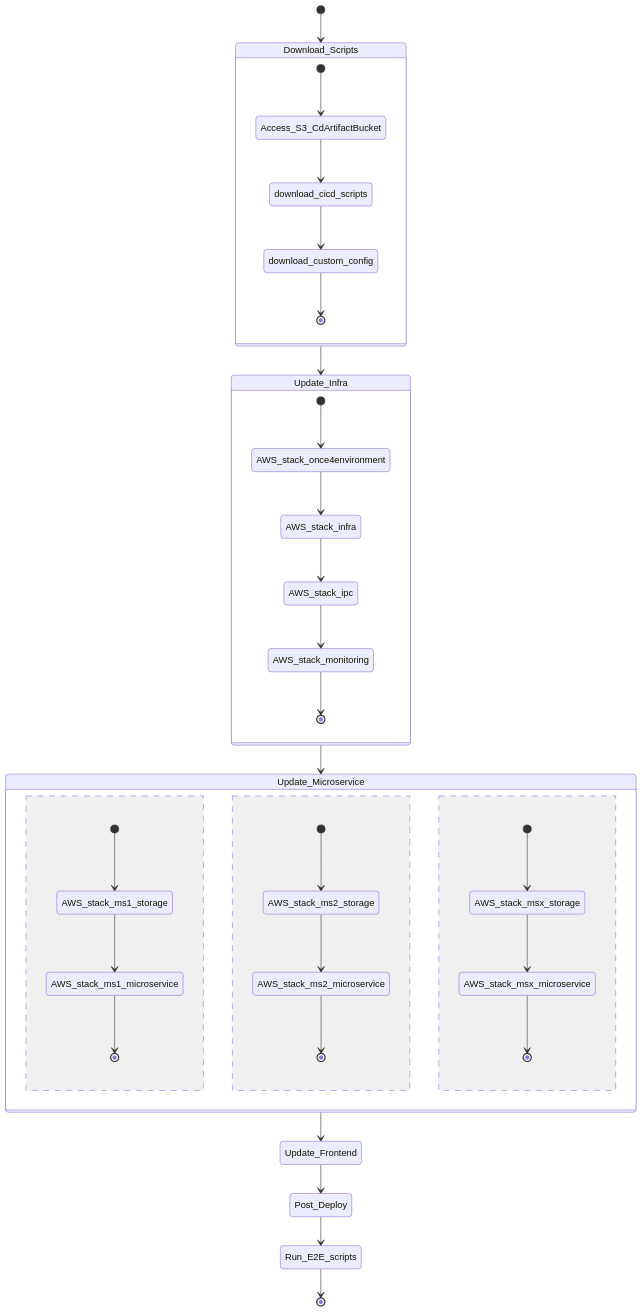
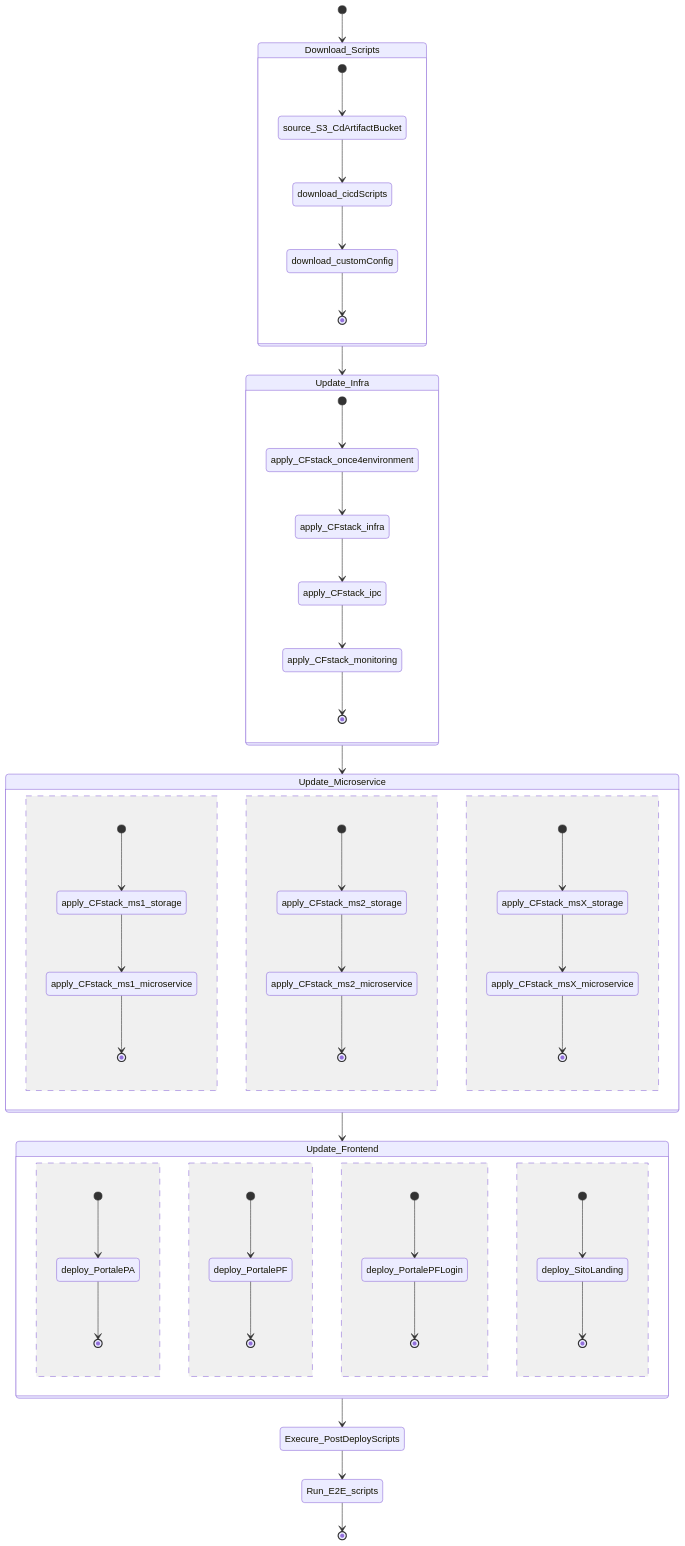
The first of 4 diagrams in cd-cli/README.md (pagopa/pn-cicd), drawn with Mermaid before and after one commit. The commit also changed other lines of this file, not shown here.

````diff
--- a/cd-cli/README.md
+++ b/cd-cli/README.md
@@ -33,37 +45,51 @@
 ```mermaid
 stateDiagram-v2
     [*] --> Download_Scripts
     state Download_Scripts {
-      [*] --> Access_S3_CdArtifactBucket
-      Access_S3_CdArtifactBucket --> download_cicd_scripts
-      download_cicd_scripts --> download_custom_config
-      download_custom_config --> [*]
+      [*] --> source_S3_CdArtifactBucket
+      source_S3_CdArtifactBucket --> download_cicdScripts
+      download_cicdScripts --> download_customConfig
+      download_customConfig --> [*]
     }
     Download_Scripts --> Update_Infra 
     state Update_Infra {
-      [*] --> AWS_stack_once4environment
-      AWS_stack_once4environment --> AWS_stack_infra
-      AWS_stack_infra --> AWS_stack_ipc
-      AWS_stack_ipc --> AWS_stack_monitoring
-      AWS_stack_monitoring --> [*]
+      [*] --> apply_CFstack_once4environment
+      apply_CFstack_once4environment --> apply_CFstack_infra
+      apply_CFstack_infra --> apply_CFstack_ipc
+      apply_CFstack_ipc --> apply_CFstack_monitoring
+      apply_CFstack_monitoring --> [*]
     }
     Update_Infra --> Update_Microservice
     state Update_Microservice {
-      [*] --> AWS_stack_ms1_storage
-      AWS_stack_ms1_storage --> AWS_stack_ms1_microservice
-      AWS_stack_ms1_microservice --> [*]
+      [*] --> apply_CFstack_ms1_storage
+      apply_CFstack_ms1_storage --> apply_CFstack_ms1_microservice
+      apply_CFstack_ms1_microservice --> [*]
       --
-      [*] --> AWS_stack_ms2_storage
-      AWS_stack_ms2_storage --> AWS_stack_ms2_microservice
-      AWS_stack_ms2_microservice --> [*]
+      [*] --> apply_CFstack_ms2_storage
+      apply_CFstack_ms2_storage --> apply_CFstack_ms2_microservice
+      apply_CFstack_ms2_microservice --> [*]
       --
-      [*] --> AWS_stack_msx_storage
-      AWS_stack_msx_storage --> AWS_stack_msx_microservice
-      AWS_stack_msx_microservice --> [*]
+      [*] --> apply_CFstack_msX_storage
+      apply_CFstack_msX_storage --> apply_CFstack_msX_microservice
+      apply_CFstack_msX_microservice --> [*]
     }
     Update_Microservice --> Update_Frontend
-    Update_Frontend --> Post_Deploy
-    Post_Deploy --> Run_E2E_scripts
+    state Update_Frontend {
+      [*] --> deploy_PortalePA 
+      deploy_PortalePA --> [*]
+      --
+      [*] --> deploy_PortalePF 
+      deploy_PortalePF --> [*]
+      --
+      [*] --> deploy_PortalePFLogin 
+      deploy_PortalePFLogin --> [*]
+      --
+      [*] --> deploy_SitoLanding 
+      deploy_SitoLanding --> [*]
+
+    }
+    Update_Frontend --> Execure_PostDeployScripts
+    Execure_PostDeployScripts --> Run_E2E_scripts
 
     Run_E2E_scripts --> [*]
 ```
````
